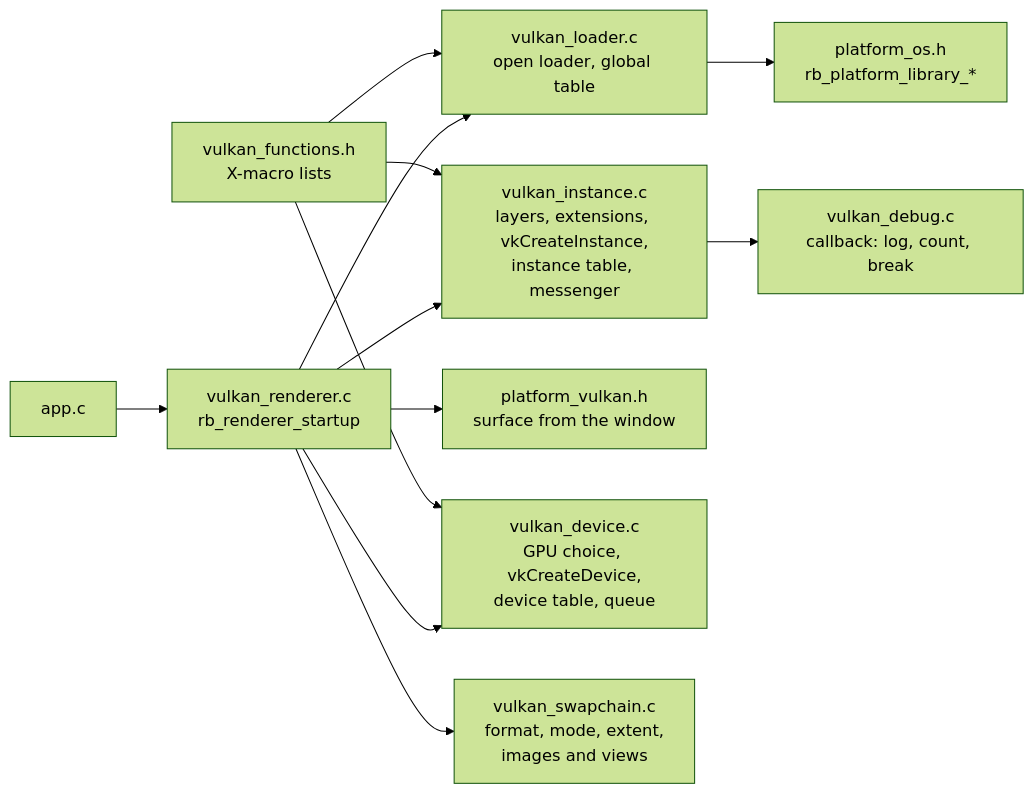
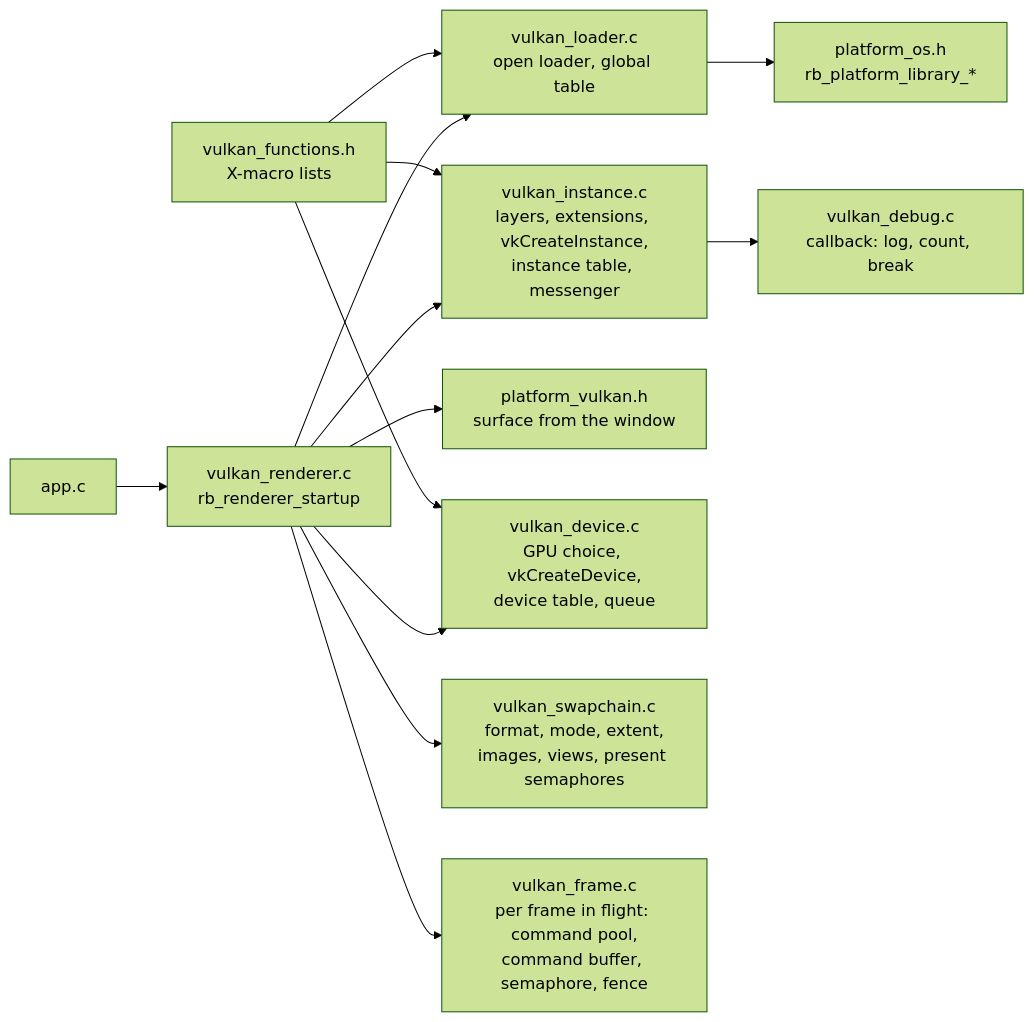
Before and after one commit to aski97/reborn-engine: the first of 2 diagrams in docs/features/renderer.md, drawn with Mermaid (forest theme). The commit also changed other lines of this file and 23 other files, not shown here.

````diff
--- a/docs/features/renderer.md
+++ b/docs/features/renderer.md
@@ -54,14 +70,15 @@
 ```mermaid
 flowchart LR
     APP["app.c"] --> R["vulkan_renderer.c<br/>rb_renderer_startup"]
     R --> L["vulkan_loader.c<br/>open loader, global table"]
     R --> I["vulkan_instance.c<br/>layers, extensions, vkCreateInstance,<br/>instance table, messenger"]
     I --> D["vulkan_debug.c<br/>callback: log, count, break"]
     R --> S["platform_vulkan.h<br/>surface from the window"]
     R --> DEV["vulkan_device.c<br/>GPU choice, vkCreateDevice,<br/>device table, queue"]
-    R --> SC["vulkan_swapchain.c<br/>format, mode, extent,<br/>images and views"]
+    R --> SC["vulkan_swapchain.c<br/>format, mode, extent,<br/>images, views, present semaphores"]
+    R --> FR["vulkan_frame.c<br/>per frame in flight: command pool,<br/>command buffer, semaphore, fence"]
     L --> P["platform_os.h<br/>rb_platform_library_*"]
     F["vulkan_functions.h<br/>X-macro lists"] --> L
     F --> I
     F --> DEV
 ```
````
